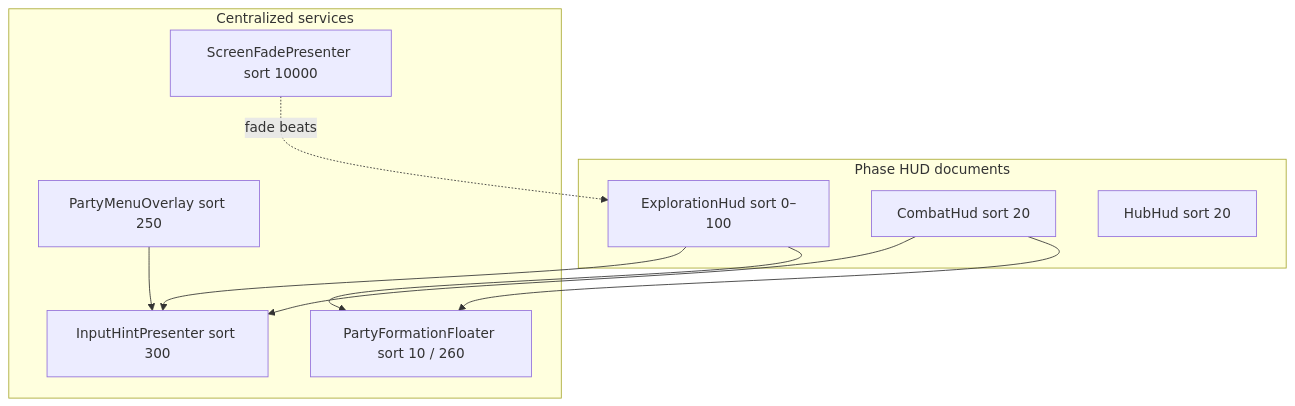
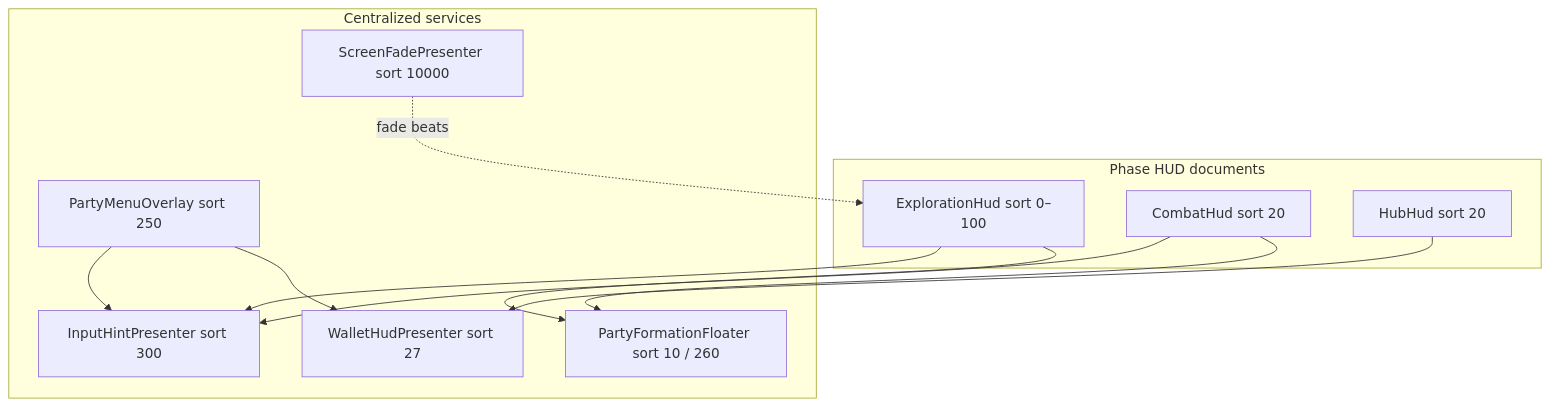
The first of 2 diagrams in docs/04-dev/centralized-ui-services.md (miramocha/griddungeon-design-docs), drawn with Mermaid before and after one commit. The commit also changed other lines of this file and 1 other file, not shown here.

First line of the commit message:
Document WalletHud centralized service and rail header split.

````diff
--- a/docs/04-dev/centralized-ui-services.md
+++ b/docs/04-dev/centralized-ui-services.md
@@ -21,22 +21,25 @@
 ```mermaid
 flowchart TB
   subgraph phase [Phase HUD documents]
     EH[ExplorationHud sort 0–100]
     CH[CombatHud sort 20]
     HH[HubHud sort 20]
   end
 
   subgraph shared [Centralized services]
     PF[PartyFormationFloater sort 10 / 260]
+    WH[WalletHudPresenter sort 27]
     PM[PartyMenuOverlay sort 250]
     IH[InputHintPresenter sort 300]
     SF[ScreenFadePresenter sort 10000]
   end
 
   EH --> PF
   CH --> PF
+  HH --> WH
+  PM --> WH
   PM --> IH
   CH --> IH
   EH --> IH
   SF -.->|fade beats| EH
 ```
````
